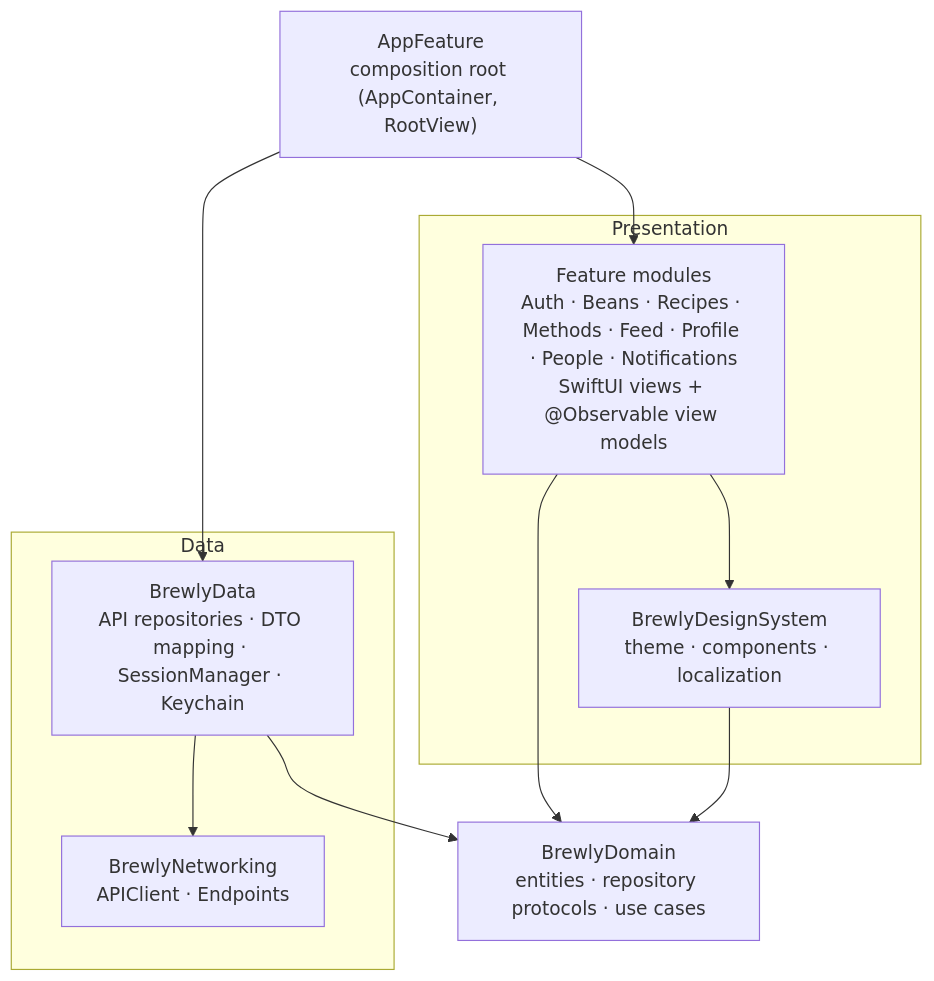
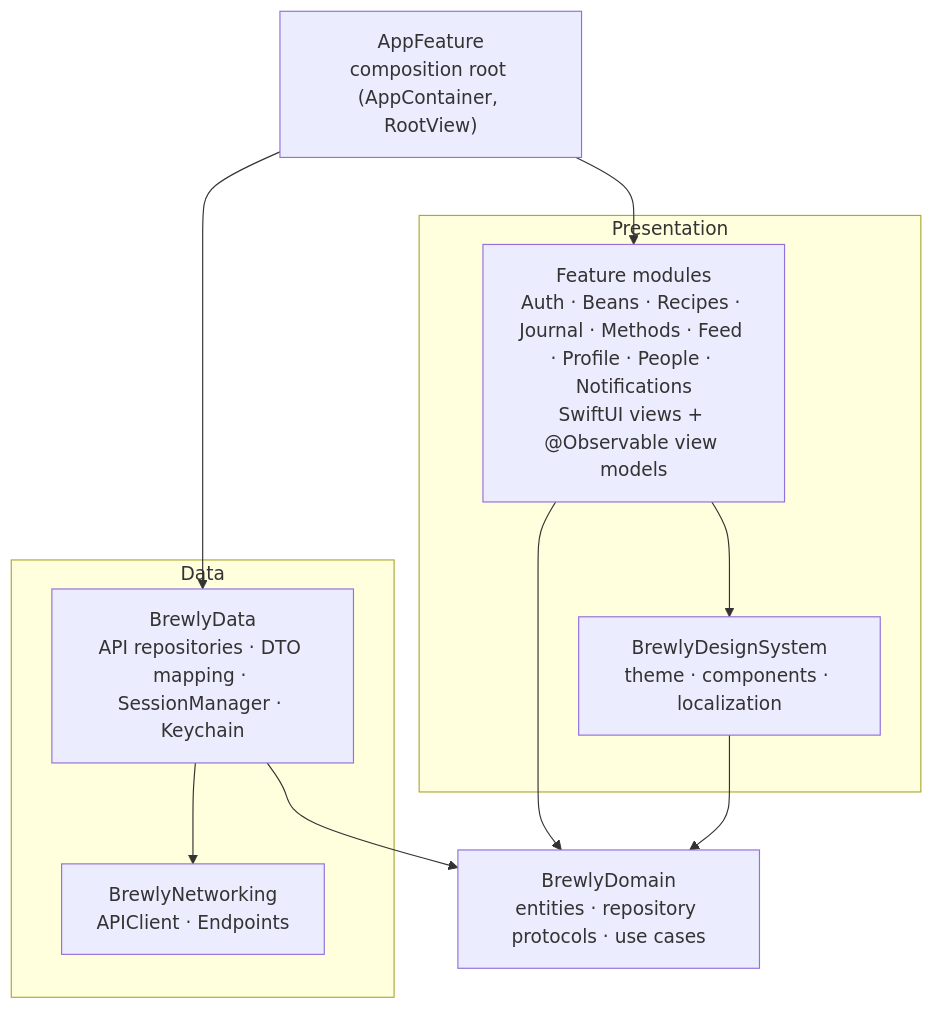
The second of 4 diagrams in docs/architecture.md (CamiloA-17/brewly), drawn with Mermaid before and after one commit. The commit also changed other lines of this file and 30 other files, not shown here.

````diff
--- a/docs/architecture.md
+++ b/docs/architecture.md
@@ -56,21 +56,21 @@
 ```mermaid
 flowchart TD
     subgraph Presentation
-        Features["Feature modules<br/>Auth · Beans · Recipes · Methods · Feed · Profile · People · Notifications<br/>SwiftUI views + @Observable view models"]
+        Features["Feature modules<br/>Auth · Beans · Recipes · Journal · Methods · Feed · Profile · People · Notifications<br/>SwiftUI views + @Observable view models"]
         DS["BrewlyDesignSystem<br/>theme · components · localization"]
     end
     Domain["BrewlyDomain<br/>entities · repository protocols · use cases"]
     subgraph Data
         DataLayer["BrewlyData<br/>API repositories · DTO mapping · SessionManager · Keychain"]
         Net["BrewlyNetworking<br/>APIClient · Endpoints"]
     end
     AppFeature["AppFeature<br/>composition root (AppContainer, RootView)"]
 
     Features --> Domain
     Features --> DS
     DS --> Domain
     DataLayer --> Domain
     DataLayer --> Net
     AppFeature --> Features
     AppFeature --> DataLayer
 ```
````
